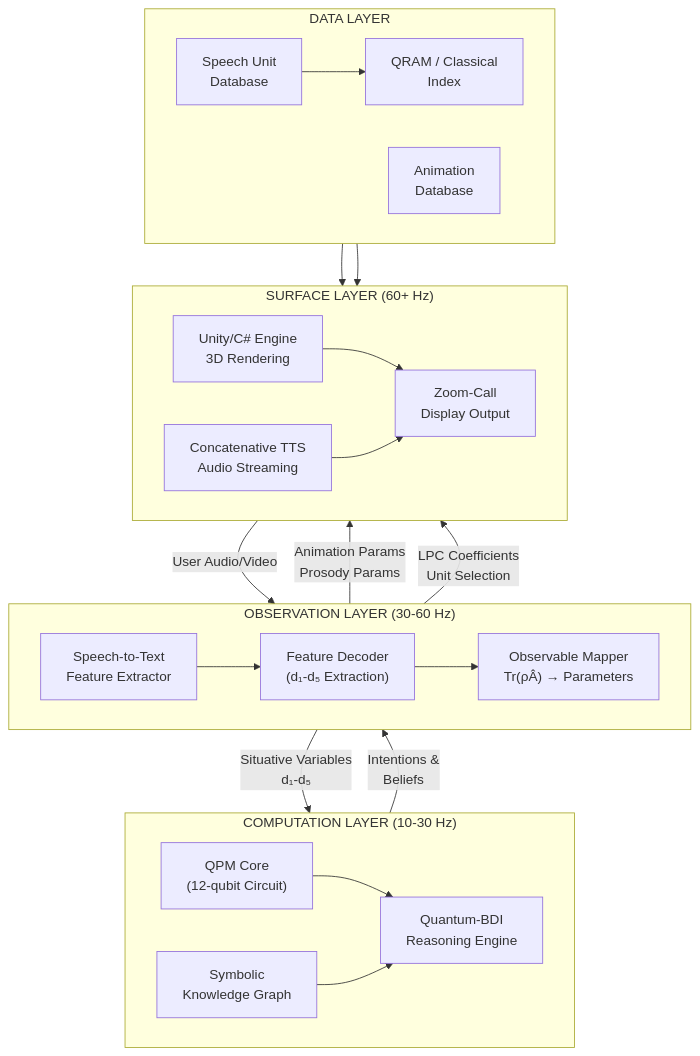
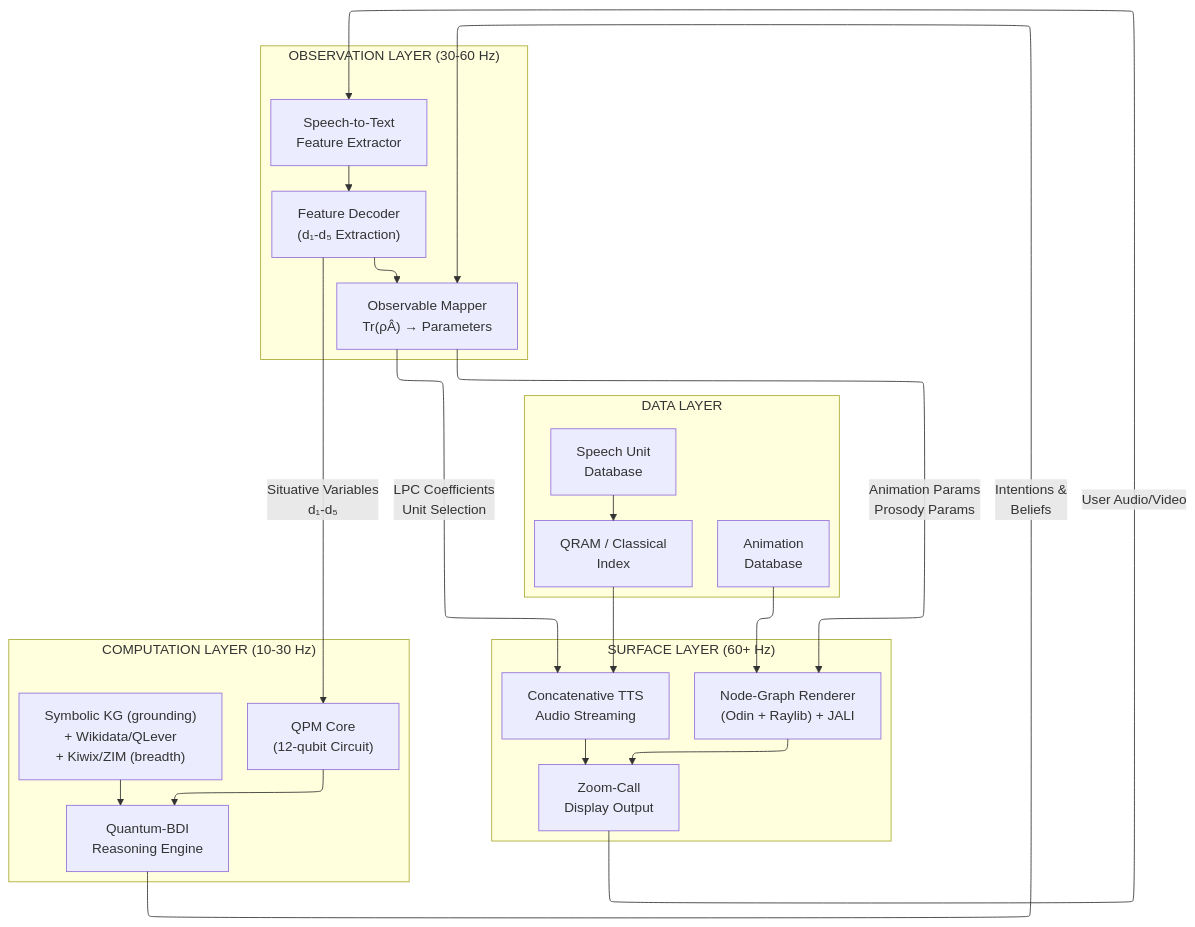
One commit to JustForCodin/Centaurian_Architecture_Implementation changed diagram 12 of 19 in Interpretable_Architectures_Revised_v1.md. Above: the diagram before and after it, drawn with Mermaid. The commit also changed other lines of this file and 2 other files, not shown here.

````diff
--- a/Interpretable_Architectures_Revised_v1.md
+++ b/Interpretable_Architectures_Revised_v1.md
@@ -813,45 +890,46 @@
 ```mermaid
+%%{init: {"flowchart": {"defaultRenderer": "elk"}} }%%
 graph TB
     subgraph "SURFACE LAYER (60+ Hz)"
         direction LR
-        UNITY["Unity/C# Engine<br/>3D Rendering"]
+        RENDER["Node-Graph Renderer<br/>(Odin + Raylib) + JALI"]
         TTS_OUT["Concatenative TTS<br/>Audio Streaming"]
         DISPLAY["Zoom-Call<br/>Display Output"]
-        UNITY --> DISPLAY
+        RENDER --> DISPLAY
         TTS_OUT --> DISPLAY
     end
 
     subgraph "OBSERVATION LAYER (30-60 Hz)"
         direction LR
         STT["Speech-to-Text<br/>Feature Extractor"]
         DECODE["Feature Decoder<br/>(d₁-d₅ Extraction)"]
         MAP["Observable Mapper<br/>Tr(ρÂ) → Parameters"]
         STT --> DECODE
         DECODE --> MAP
     end
 
     subgraph "COMPUTATION LAYER (10-30 Hz)"
         direction LR
         QPM["QPM Core<br/>(12-qubit Circuit)"]
         BDI["Quantum-BDI<br/>Reasoning Engine"]
-        KG["Symbolic<br/>Knowledge Graph"]
+        KG["Symbolic KG (grounding)<br/>+ Wikidata/QLever<br/>+ Kiwix/ZIM (breadth)"]
         QPM --> BDI
         KG --> BDI
     end
 
     subgraph "DATA LAYER"
         direction LR
         SPEECH_DB["Speech Unit<br/>Database"]
         ANIM_DB["Animation<br/>Database"]
         QRAM_SYS["QRAM / Classical<br/>Index"]
     end
 
     DISPLAY -->|"User Audio/Video"| STT
-    MAP -->|"Animation Params<br/>Prosody Params"| UNITY
+    MAP -->|"Animation Params<br/>Prosody Params"| RENDER
     MAP -->|"LPC Coefficients<br/>Unit Selection"| TTS_OUT
     DECODE -->|"Situative Variables<br/>d₁-d₅"| QPM
     BDI -->|"Intentions &<br/>Beliefs"| MAP
     QRAM_SYS --> TTS_OUT
     SPEECH_DB --> QRAM_SYS
-    ANIM_DB --> UNITY
+    ANIM_DB --> RENDER
 ```
````
